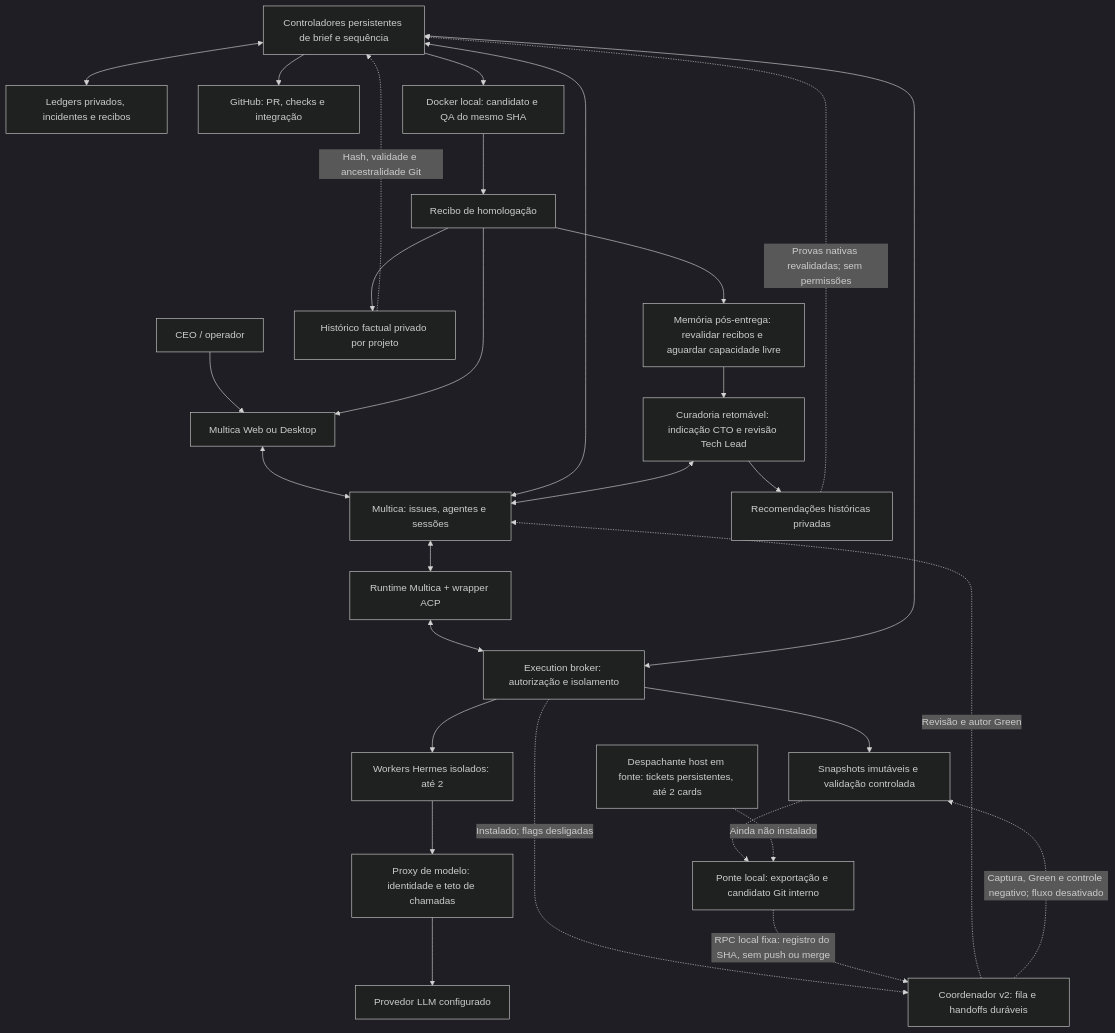
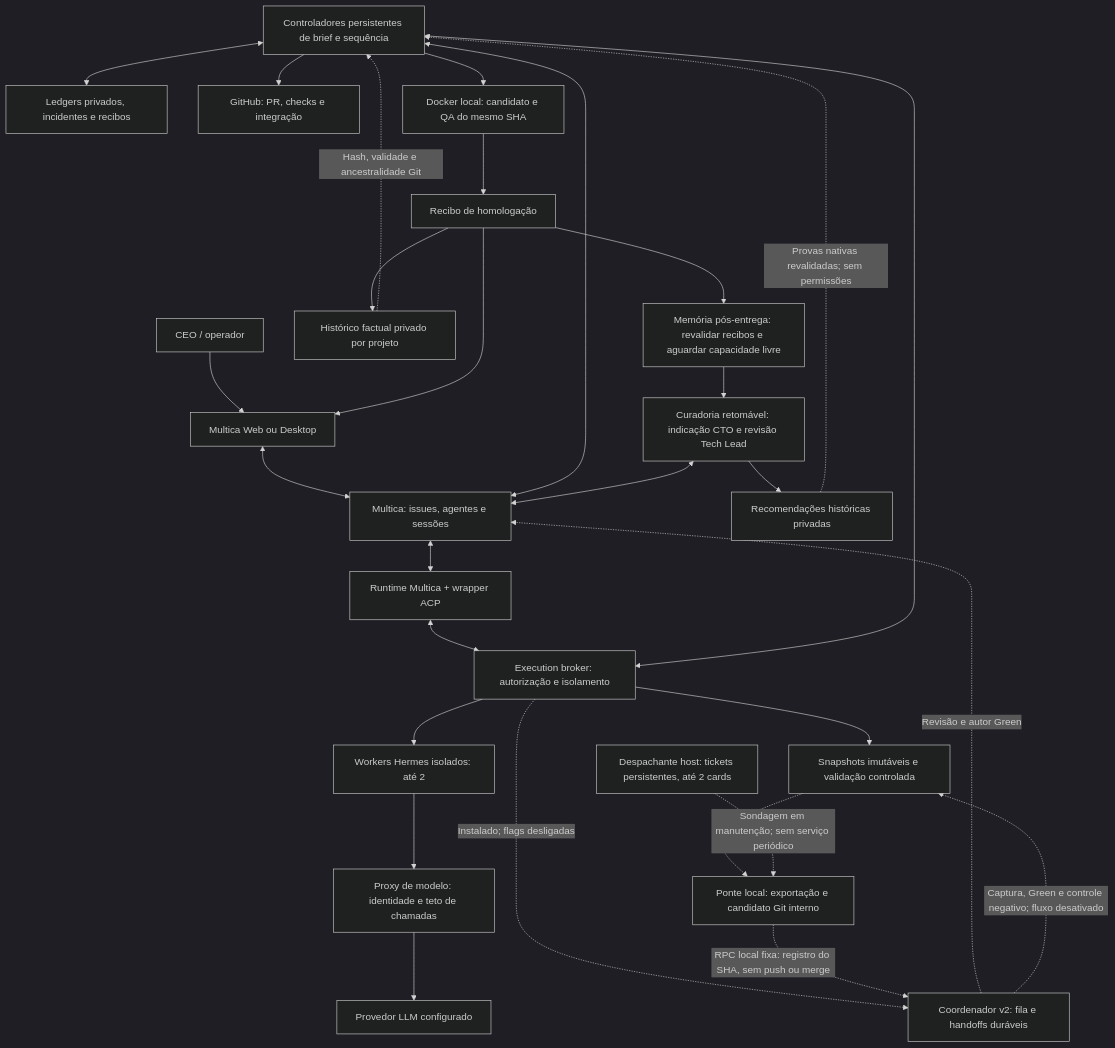
Before and after one commit to codifydeep/fabriquinha: the first of 8 diagrams in README.md, drawn with Mermaid (dark theme). The commit also changed other lines of this file and 1 other file, not shown here.

Commit message:
Document installed queue adapter and remaining host supervision boundary

````diff
--- a/README.md
+++ b/README.md
@@ -385,31 +387,31 @@
 ```mermaid
 flowchart TB
     CEO[CEO / operador] --> UI[Multica Web ou Desktop]
     UI <--> MC[Multica: issues, agentes e sessões]
     MC <--> RT[Runtime Multica + wrapper ACP]
     RT <--> B[Execution broker: autorização e isolamento]
     S[Controladores persistentes de brief e sequência] <--> MC
     S <--> B
     S <--> L[Ledgers privados, incidentes e recibos]
     B --> W[Workers Hermes isolados: até 2]
     W --> P[Proxy de modelo: identidade e teto de chamadas]
     P --> M[Provedor LLM configurado]
     B --> E[Snapshots imutáveis e validação controlada]
     B -.->|Instalado; flags desligadas| V2[Coordenador v2: fila e handoffs duráveis]
     V2 -.->|Revisão e autor Green| MC
     V2 -.->|Captura, Green e controle negativo; fluxo desativado| E
     E -.-> GX[Ponte local: exportação e candidato Git interno]
     GX -.->|RPC local fixa: registro do SHA, sem push ou merge| V2
-    GD[Despachante host em fonte: tickets persistentes, até 2 cards] -.->|Ainda não instalado| GX
+    GD[Despachante host: tickets persistentes, até 2 cards] -.->|Sondagem em manutenção; sem serviço periódico| GX
     S --> GH[GitHub: PR, checks e integração]
     S --> QA[Docker local: candidato e QA do mesmo SHA]
     QA --> R[Recibo de homologação]
     R --> UI
     R --> HF[Histórico factual privado por projeto]
     HF -.->|Hash, validade e ancestralidade Git| S
     R --> MQ[Memória pós-entrega: revalidar recibos e aguardar capacidade livre]
     MQ --> C[Curadoria retomável: indicação CTO e revisão Tech Lead]
     C <--> MC
     C --> K[Recomendações históricas privadas]
     K -.->|Provas nativas revalidadas; sem permissões| S
 ```
````
